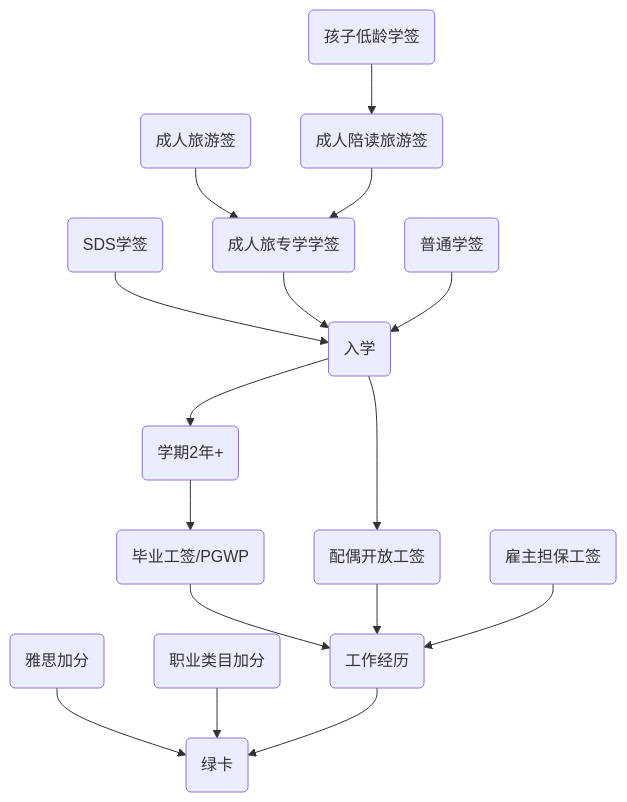
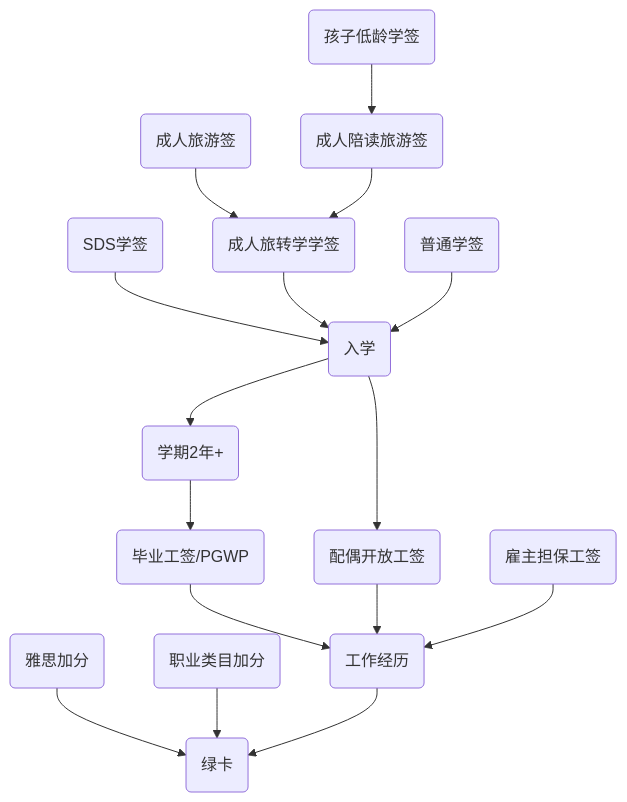
The second of 2 diagrams in source/_posts/imm-ca-choice.md (godvmxi/godvmxi.github.io), drawn with Mermaid before and after one commit.

````diff
--- a/source/_posts/imm-ca-choice.md
+++ b/source/_posts/imm-ca-choice.md
@@ -85,38 +85,38 @@
 ```mermaid
 graph TB
     ChildStudyPermit("孩子低龄学签")
     AdultChildTravelPermit("成人陪读旅游签")
     AdultTravelPermit("成人旅游签")
-    AdultStudyPermit("成人旅专学学签")
+    AdultStudyPermit("成人旅转学学签")
     SDSStudyPermit("SDS学签")
     NormalStudyPermit("普通学签")
     SpouseWorkPermit("配偶开放工签")
     BossWorkPermit("雇主担保工签")
     EntrySchool("入学")
 
     WorkHistory("工作经历")
     PR("绿卡")
     IELTS2("雅思加分")
     JobType("职业类目加分")
     AdultStudying("学期2年+")
     PGWP("毕业工签/PGWP")
 
     ChildStudyPermit --> AdultChildTravelPermit
     AdultTravelPermit --> AdultStudyPermit
     AdultChildTravelPermit --> AdultStudyPermit
     SDSStudyPermit --> EntrySchool
     AdultStudyPermit --> EntrySchool
     NormalStudyPermit --> EntrySchool
     EntrySchool --> SpouseWorkPermit
     EntrySchool --> AdultStudying    
     
     AdultStudying  --> PGWP
     PGWP --> WorkHistory
     SpouseWorkPermit --> WorkHistory
     
     BossWorkPermit --> WorkHistory
     
     IELTS2 --> PR
     JobType --> PR
     WorkHistory --> PR
 ```
````
